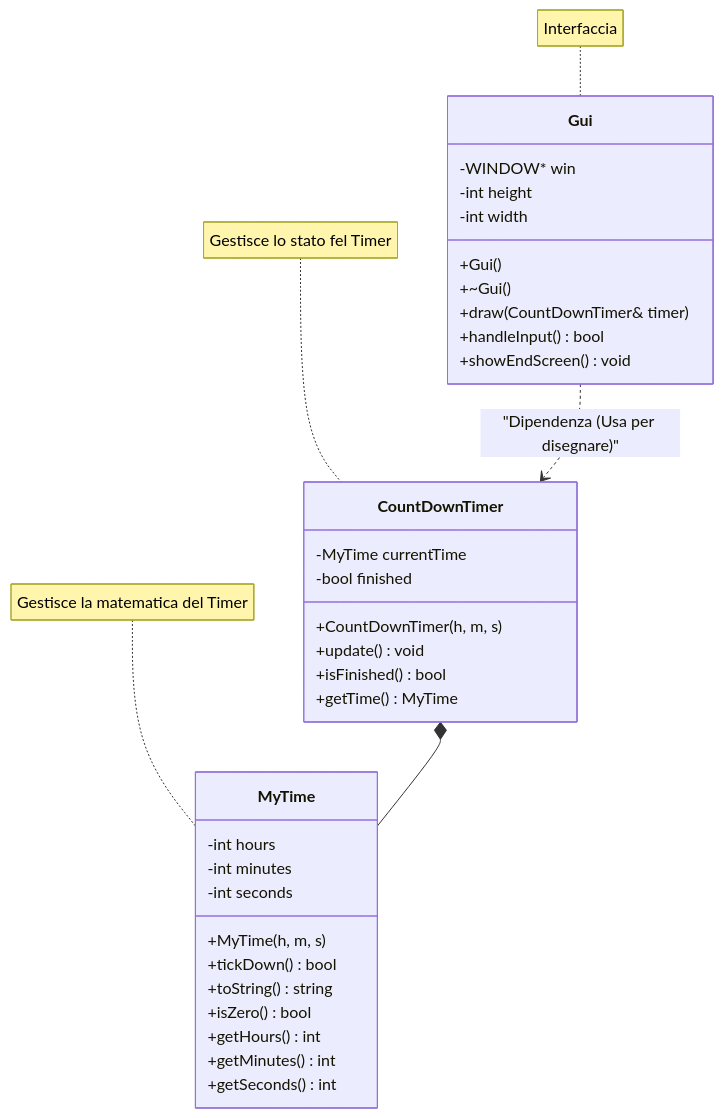
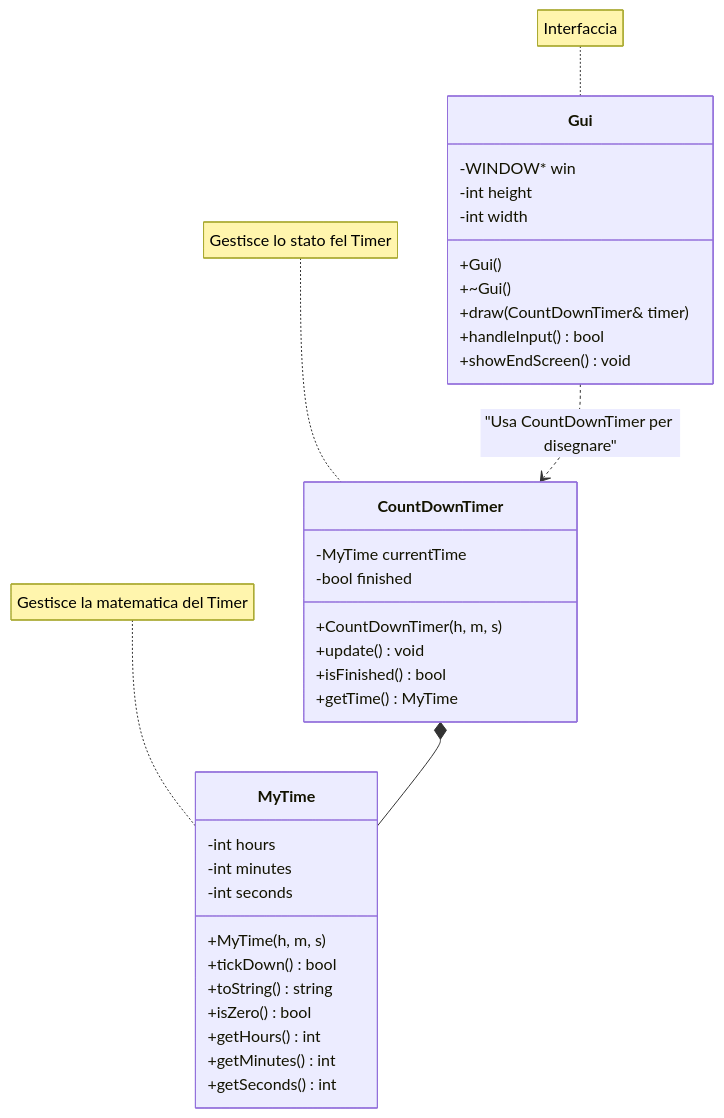
One commit to schiavonesudhir/timer changed the diagram in README.md. Above: the diagram before and after it, drawn with Mermaid.

Commit message:
aggiustamenti errori mermaid

````diff
--- a/README.md
+++ b/README.md
@@ -125,46 +125,46 @@
 ```mermaid
 classDiagram
     %% Stile del grafico
     direction TB
 
     class MyTime {
         -int hours
         -int minutes
         -int seconds
         +MyTime(h, m, s)
         +tickDown() bool
         +toString() string
         +isZero() bool
         +getHours() int
         +getMinutes() int
         +getSeconds() int
     }
 
     class CountDownTimer {
         -MyTime currentTime
         -bool finished
         +CountDownTimer(h, m, s)
         +update() void
         +isFinished() bool
         +getTime() MyTime
     }
 
     class Gui {
         -WINDOW* win
         -int height
         -int width
         +Gui()
         +~Gui()
         +draw(CountDownTimer& timer)
         +handleInput() bool
         +showEndScreen() void
     }
 
     %% Relazioni
     CountDownTimer *-- MyTime : 
-    Gui ..> CountDownTimer : "Dipendenza (Usa per disegnare)"
+    Gui ..> CountDownTimer : "Usa CountDownTimer per disegnare"
     
     note for CountDownTimer "Gestisce lo stato fel Timer"
     note for MyTime "Gestisce la matematica del Timer"
     note for Gui "Interfaccia"
 ```
````
